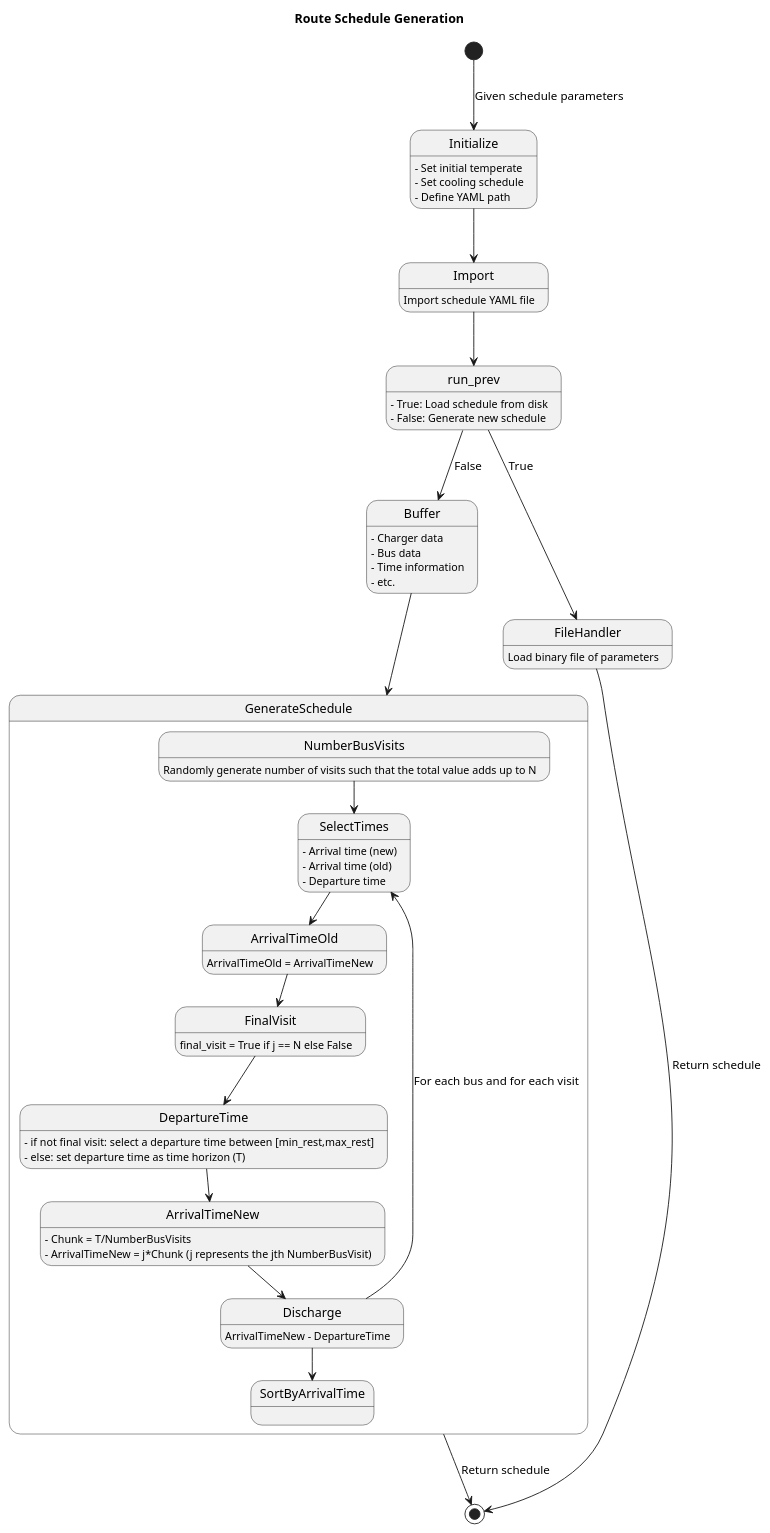
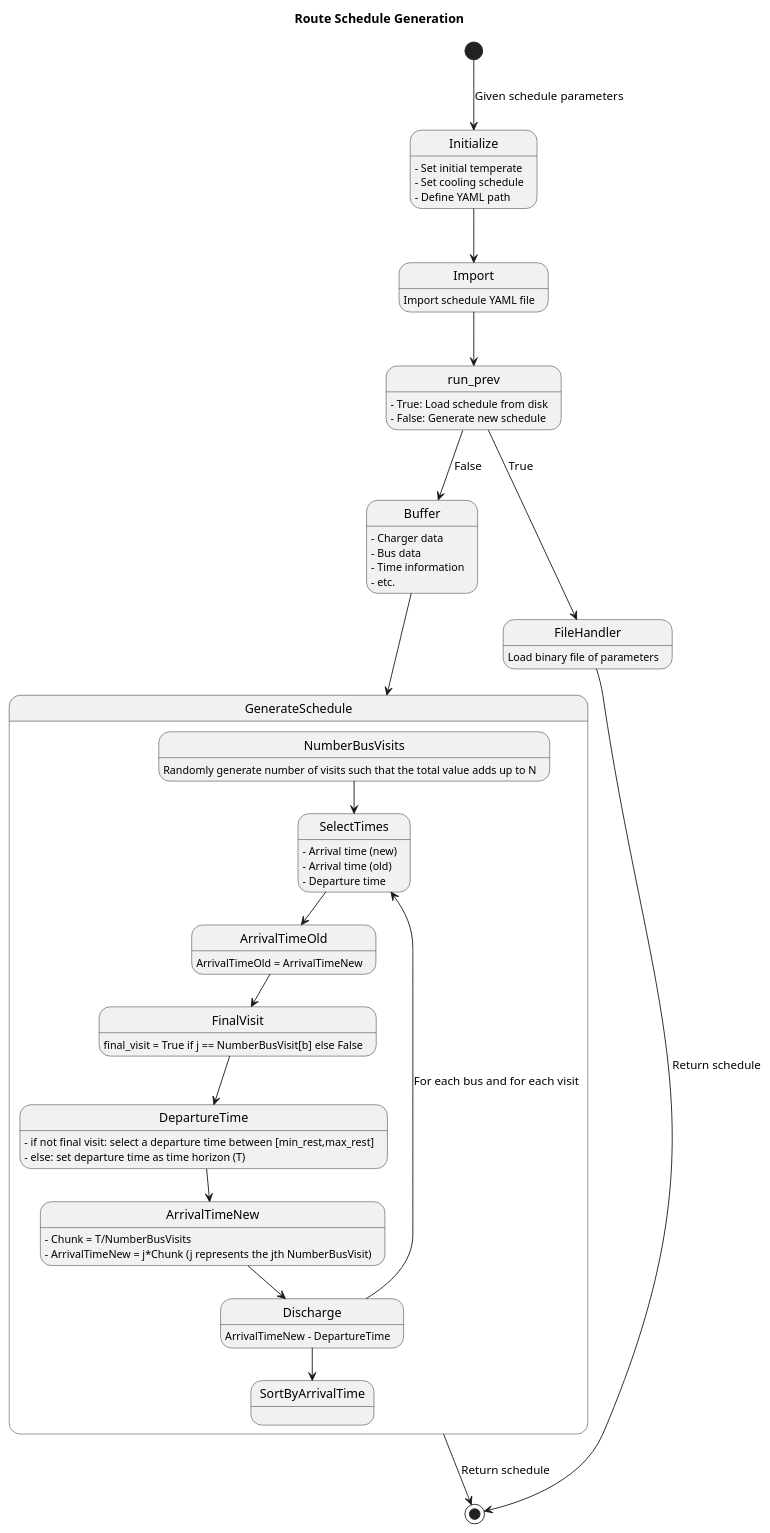
Before and after one commit to alexb7711/sa-pap: the diagram in docs/uml/route_generation.puml, drawn with PlantUML. The commit also changed 2 other files, not shown here.

```diff
--- a/docs/uml/route_generation.puml
+++ b/docs/uml/route_generation.puml
@@ -1,84 +1,84 @@
 @startuml
 
 title Route Schedule Generation
 
 ' Initialize
 [*] --> Initialize : Given schedule parameters
 Initialize : - Set initial temperate
 Initialize : - Set cooling schedule
 Initialize : - Define YAML path
 
 ' Import
 Initialize --> Import
 Import : Import schedule YAML file
 
 ' Load or generate schedule
 Import --> run_prev
 run_prev : - True: Load schedule from disk
 run_prev : - False: Generate new schedule
 
 '================================================================================
 ' True
 
 ' Buffer
 run_prev --> Buffer : False
 Buffer : - Charger data
 Buffer : - Bus data
 Buffer : - Time information
 Buffer : - etc.
 
 ' Generate schedule
 Buffer --> GenerateSchedule
 state GenerateSchedule {
 	' Number of visits
 	NumberBusVisits : Randomly generate number of visits such that the total value adds up to N
 
 	' Select times
 	NumberBusVisits --> SelectTimes
 	SelectTimes : - Arrival time (new)
 	SelectTimes : - Arrival time (old)
 	SelectTimes : - Departure time
 
 	' Arrival time old
 	SelectTimes --> ArrivalTimeOld
 	ArrivalTimeOld : ArrivalTimeOld = ArrivalTimeNew
 
 	' Final visit
 	ArrivalTimeOld --> FinalVisit
-	FinalVisit: final_visit = True if j == N else False
+	FinalVisit: final_visit = True if j == NumberBusVisit[b] else False
 	
 	' Departure time
 	FinalVisit --> DepartureTime
 	DepartureTime : - if not final visit: select a departure time between [min_rest,max_rest]
 	DepartureTime : - else: set departure time as time horizon (T)
 	
 	' Arrival time new
 	DepartureTime --> ArrivalTimeNew
 	ArrivalTimeNew : - Chunk = T/NumberBusVisits
 	ArrivalTimeNew : - ArrivalTimeNew = j*Chunk (j represents the jth NumberBusVisit)
 
 	' Discharge
 	ArrivalTimeNew --> Discharge
 	Discharge : ArrivalTimeNew - DepartureTime
 	
 	' Loop back around
 	Discharge --> SelectTimes : For each bus and for each visit
 
 	' Sort
 	Discharge --> SortByArrivalTime
 }
 
 ' End
 GenerateSchedule --> [*] : Return schedule
 
 '================================================================================
 ' False
 
 ' Get file handlesr
 run_prev --> FileHandler : True
 FileHandler : Load binary file of parameters
 
 ' End
 FileHandler --> [*] : Return schedule
 
 @enduml
```
